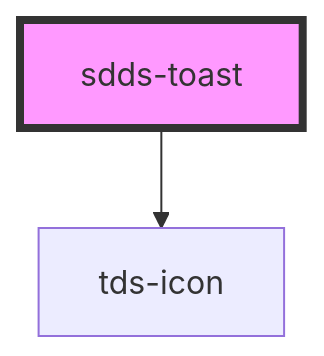
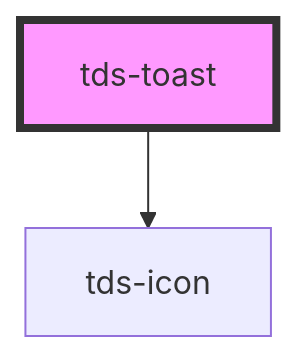
The diagram in core/src/components/toast/readme.md (scania-digital-design-system/tegel), drawn with Mermaid before and after one commit. The commit also changed other lines of this file and 5 other files, not shown here.

````diff
--- a/core/src/components/toast/readme.md
+++ b/core/src/components/toast/readme.md
@@ -57,5 +57,5 @@
 ```mermaid
 graph TD;
-  sdds-toast --> tds-icon
-  style sdds-toast fill:#f9f,stroke:#333,stroke-width:4px
+  tds-toast --> tds-icon
+  style tds-toast fill:#f9f,stroke:#333,stroke-width:4px
 ```
````
